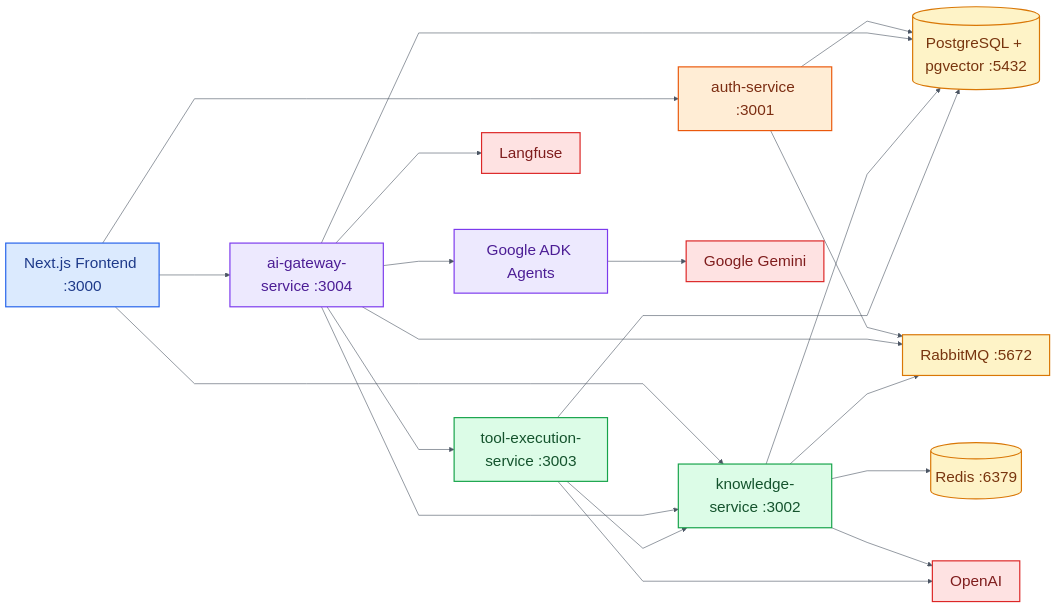
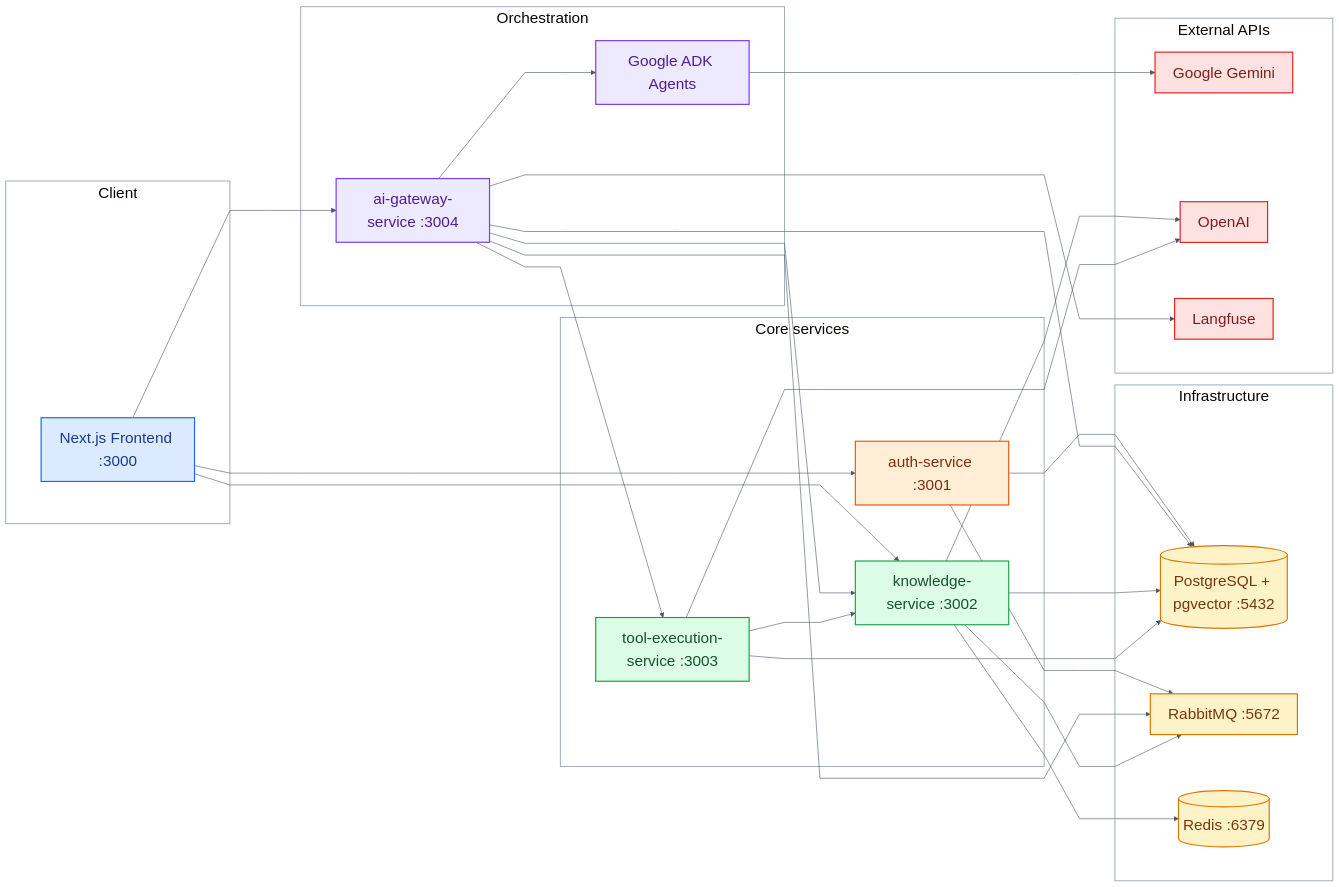
The first of 2 diagrams in README.md (Danilka-Akarawita/Assignment), drawn with Mermaid before and after one commit.

Commit message:
updated diagram

````diff
--- a/README.md
+++ b/README.md
@@ -34,55 +34,75 @@
 ```mermaid
 %%{init: {'theme':'base','flowchart': {'curve':'linear','nodeSpacing': 95,'rankSpacing': 120},'themeVariables': {'fontFamily':'Arial','fontSize':'26px','lineColor':'#4b5563'}}}%%
 flowchart LR
-  FE[Next.js Frontend :3000]
-  AUTH[auth-service :3001]
-  GW[ai-gateway-service :3004]
-  KNOW[knowledge-service :3002]
-  TOOLS[tool-execution-service :3003]
-  ADK[Google ADK Agents]
-  PG[(PostgreSQL + pgvector :5432)]
-  RMQ[RabbitMQ :5672]
-  REDIS[(Redis :6379)]
-  GEMINI[Google Gemini]
-  OPENAI[OpenAI]
-  LF[Langfuse]
+  subgraph client [Client]
+    FE[Next.js Frontend :3000]
+  end
+
+  subgraph orchestration [Orchestration]
+    GW[ai-gateway-service :3004]
+    ADK[Google ADK Agents]
+  end
+
+  subgraph core [Core services]
+    AUTH[auth-service :3001]
+    KNOW[knowledge-service :3002]
+    TOOLS[tool-execution-service :3003]
+  end
+
+  subgraph infra [Infrastructure]
+    PG[(PostgreSQL + pgvector :5432)]
+    RMQ[RabbitMQ :5672]
+    REDIS[(Redis :6379)]
+  end
+
+  subgraph externalGroup [External APIs]
+    GEMINI[Google Gemini]
+    OPENAI[OpenAI]
+    LF[Langfuse]
+  end
 
   FE --> AUTH
   FE --> GW
   FE --> KNOW
 
   GW --> ADK
   GW --> KNOW
   GW --> TOOLS
   TOOLS --> KNOW
 
   AUTH --> PG
   GW --> PG
   KNOW --> PG
   TOOLS --> PG
 
   AUTH --> RMQ
   GW --> RMQ
   KNOW --> RMQ
 
   KNOW --> REDIS
   KNOW --> OPENAI
   TOOLS --> OPENAI
 
   ADK --> GEMINI
   GW --> LF
 
+  style client fill:transparent,stroke:#94a3b8,stroke-width:1.5px
+  style orchestration fill:transparent,stroke:#94a3b8,stroke-width:1.5px
+  style core fill:transparent,stroke:#94a3b8,stroke-width:1.5px
+  style infra fill:transparent,stroke:#94a3b8,stroke-width:1.5px
+  style externalGroup fill:transparent,stroke:#94a3b8,stroke-width:1.5px
+
   classDef ui fill:#dbeafe,stroke:#2563eb,color:#1e3a8a,stroke-width:2px;
   classDef auth fill:#ffedd5,stroke:#ea580c,color:#7c2d12,stroke-width:2px;
   classDef gateway fill:#ede9fe,stroke:#7c3aed,color:#4c1d95,stroke-width:2px;
   classDef services fill:#dcfce7,stroke:#16a34a,color:#14532d,stroke-width:2px;
   classDef storage fill:#fef3c7,stroke:#d97706,color:#78350f,stroke-width:2px;
   classDef external fill:#fee2e2,stroke:#dc2626,color:#7f1d1d,stroke-width:2px;
 
   class FE ui;
   class AUTH auth;
   class GW,ADK gateway;
   class KNOW,TOOLS services;
   class PG,REDIS,RMQ storage;
   class GEMINI,OPENAI,LF external;
 ```
````
